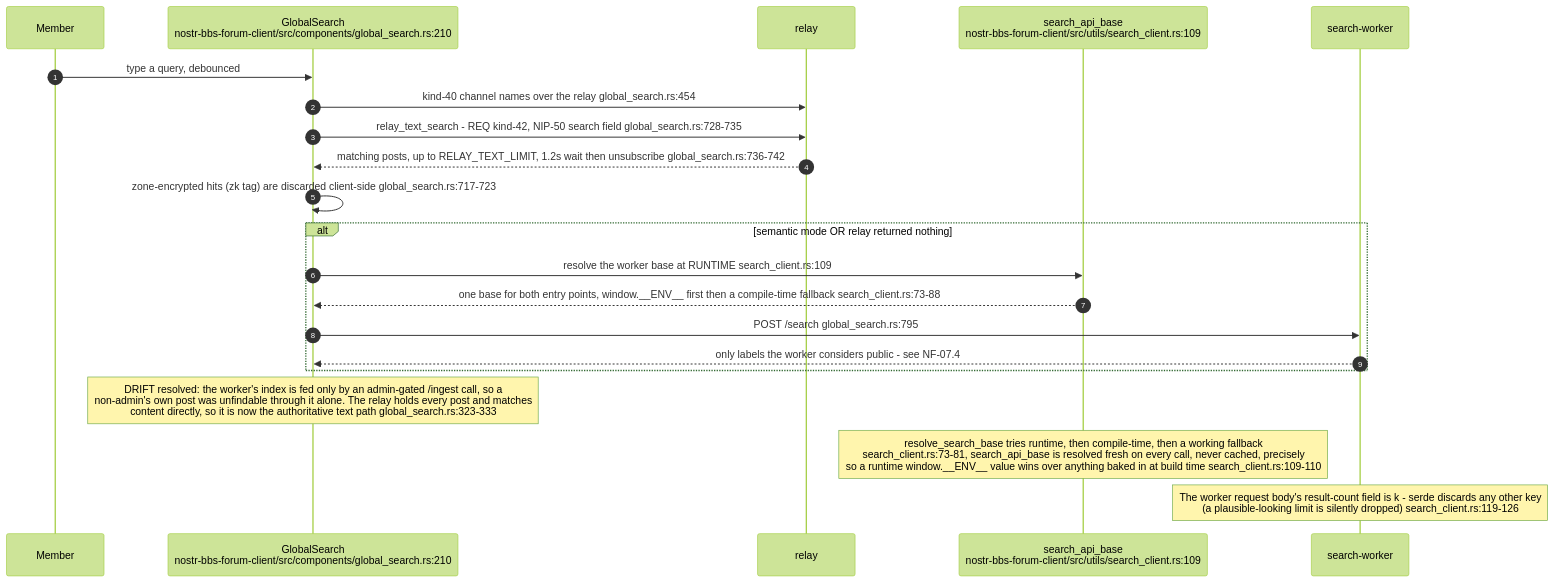
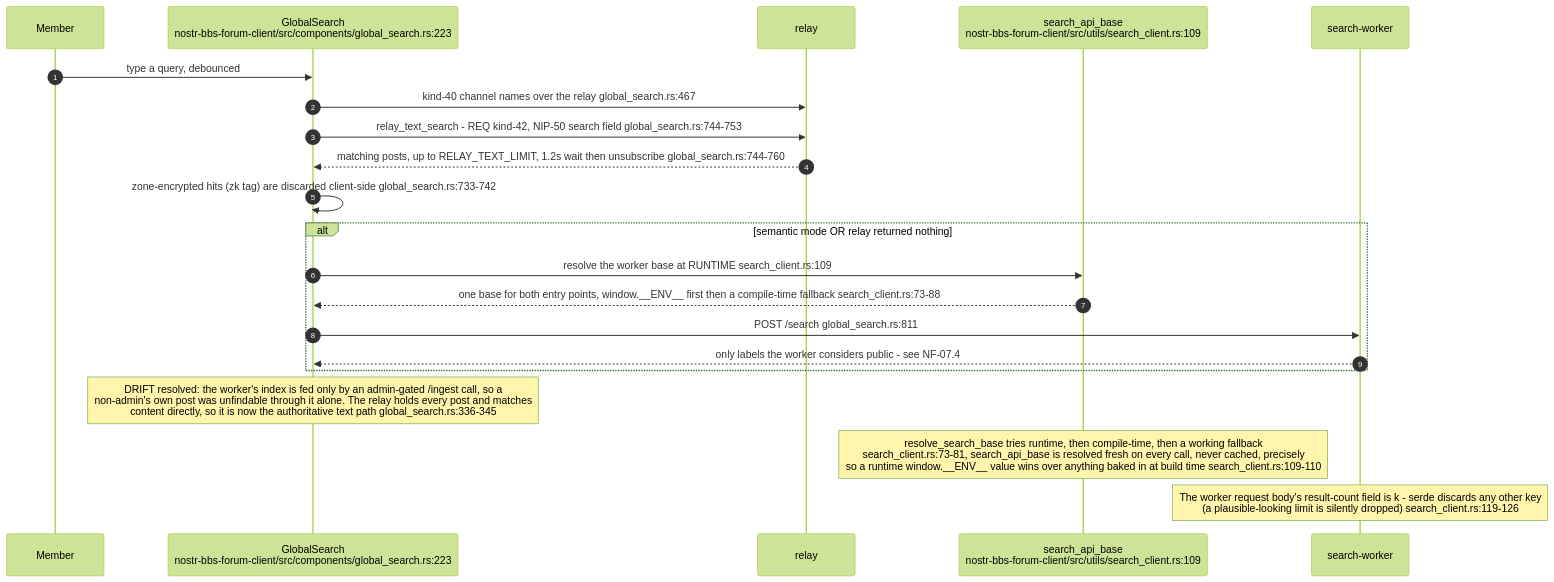
One commit to DreamLab-AI/VisionFlow changed diagram 14 of 16 in docs/diagrams/nostr-rust-forum/05-leptos-clients-onboarding-messaging-governance.md. Above: the diagram before and after it, drawn with Mermaid (forest theme). The commit also changed other lines of this file and 111 other files, not shown here.

Commit message:
docs(diagrams): align estate maps with current source

````diff
--- a/docs/diagrams/nostr-rust-forum/05-leptos-clients-onboarding-messaging-governance.md
+++ b/docs/diagrams/nostr-rust-forum/05-leptos-clients-onboarding-messaging-governance.md
@@ -447,26 +447,26 @@
 ```mermaid
 sequenceDiagram
     autonumber
     participant U as Member
-    participant GS as GlobalSearch<br/>nostr-bbs-forum-client/src/components/global_search.rs:210
+    participant GS as GlobalSearch<br/>nostr-bbs-forum-client/src/components/global_search.rs:223
     participant R as relay
     participant SC as search_api_base<br/>nostr-bbs-forum-client/src/utils/search_client.rs:109
     participant SW as search-worker
 
     U->>GS: type a query, debounced
-    GS->>R: kind-40 channel names over the relay global_search.rs:454
-    GS->>R: relay_text_search - REQ kind-42, NIP-50 search field global_search.rs:728-735
-    R-->>GS: matching posts, up to RELAY_TEXT_LIMIT, 1.2s wait then unsubscribe global_search.rs:736-742
-    GS->>GS: zone-encrypted hits (zk tag) are discarded client-side global_search.rs:717-723
+    GS->>R: kind-40 channel names over the relay global_search.rs:467
+    GS->>R: relay_text_search - REQ kind-42, NIP-50 search field global_search.rs:744-753
+    R-->>GS: matching posts, up to RELAY_TEXT_LIMIT, 1.2s wait then unsubscribe global_search.rs:744-760
+    GS->>GS: zone-encrypted hits (zk tag) are discarded client-side global_search.rs:733-742
 
     alt semantic mode OR relay returned nothing
         GS->>SC: resolve the worker base at RUNTIME search_client.rs:109
         SC-->>GS: one base for both entry points, window.__ENV__ first then a compile-time fallback search_client.rs:73-88
-        GS->>SW: POST /search global_search.rs:795
+        GS->>SW: POST /search global_search.rs:811
         SW-->>GS: only labels the worker considers public - see NF-07.4
     end
 
-    Note over GS: DRIFT resolved: the worker's index is fed only by an admin-gated /ingest call, so a<br/>non-admin's own post was unfindable through it alone. The relay holds every post and matches<br/>content directly, so it is now the authoritative text path global_search.rs:323-333
+    Note over GS: DRIFT resolved: the worker's index is fed only by an admin-gated /ingest call, so a<br/>non-admin's own post was unfindable through it alone. The relay holds every post and matches<br/>content directly, so it is now the authoritative text path global_search.rs:336-345
     Note over SC: resolve_search_base tries runtime, then compile-time, then a working fallback<br/>search_client.rs:73-81, search_api_base is resolved fresh on every call, never cached, precisely<br/>so a runtime window.__ENV__ value wins over anything baked in at build time search_client.rs:109-110
     Note over SW: The worker request body's result-count field is k - serde discards any other key<br/>(a plausible-looking limit is silently dropped) search_client.rs:119-126
 ```
````
